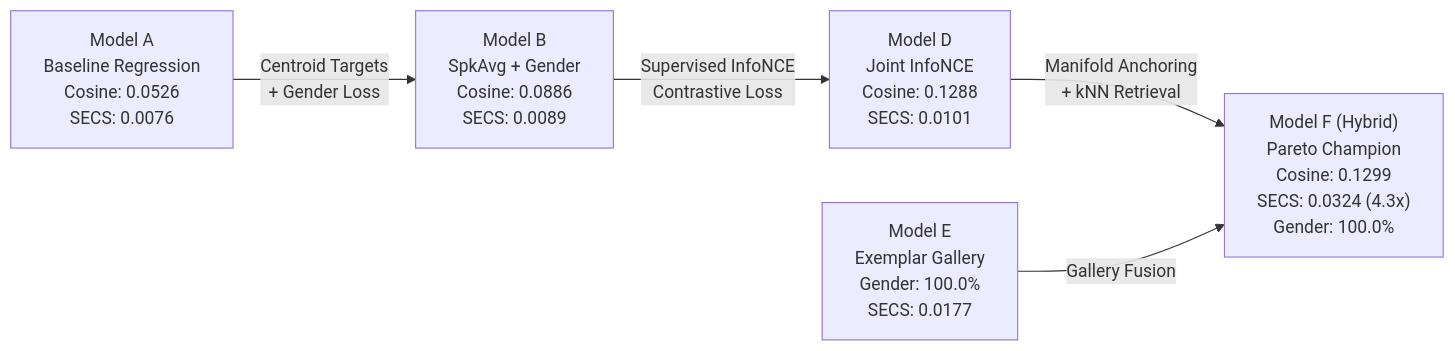
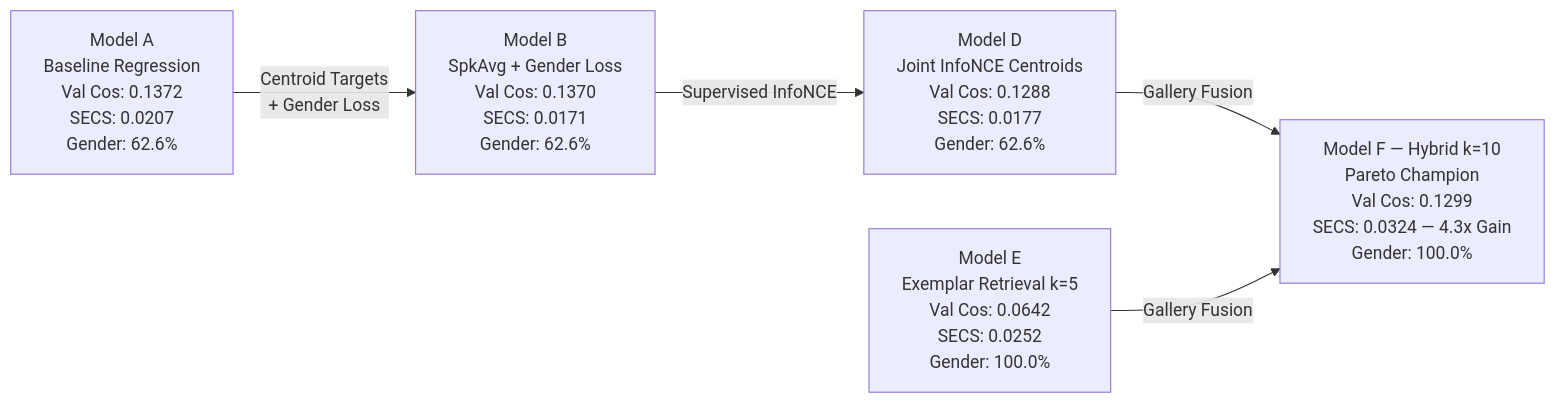
One commit to AdityaWagh19/Voix-F2S-System changed the fifth of 5 diagrams in README.md. Above: the diagram before and after it, drawn with Mermaid. The commit also changed other lines of this file and 12 other files, not shown here.

First line of the commit message:
docs: overhaul README with Mermaid diagrams, proper LaTeX math, clean structure

````diff
--- a/README.md
+++ b/README.md
@@ -209,8 +214,13 @@
 ```mermaid
 flowchart LR
-    A["Model A<br/>Baseline Regression<br/>Cosine: 0.0526<br/>SECS: 0.0076"] -->|"Centroid Targets<br/>+ Gender Loss"| B["Model B<br/>SpkAvg + Gender<br/>Cosine: 0.0886<br/>SECS: 0.0089"]
-    B -->|"Supervised InfoNCE<br/>Contrastive Loss"| D["Model D<br/>Joint InfoNCE<br/>Cosine: 0.1288<br/>SECS: 0.0101"]
-    D -->|"Manifold Anchoring<br/>+ kNN Retrieval"| F["Model F (Hybrid)<br/>Pareto Champion<br/>Cosine: 0.1299<br/>SECS: 0.0324 (4.3x)<br/>Gender: 100.0%"]
-    
-    E["Model E<br/>Exemplar Gallery<br/>Gender: 100.0%<br/>SECS: 0.0177"] -->|"Gallery Fusion"| F
+    A["Model A<br/>Baseline Regression<br/>Val Cos: 0.1372<br/>SECS: 0.0207<br/>Gender: 62.6%"]
+    B["Model B<br/>SpkAvg + Gender Loss<br/>Val Cos: 0.1370<br/>SECS: 0.0171<br/>Gender: 62.6%"]
+    D["Model D<br/>Joint InfoNCE Centroids<br/>Val Cos: 0.1288<br/>SECS: 0.0177<br/>Gender: 62.6%"]
+    E["Model E<br/>Exemplar Retrieval k=5<br/>Val Cos: 0.0642<br/>SECS: 0.0252<br/>Gender: 100.0%"]
+    F["Model F — Hybrid k=10<br/>Pareto Champion<br/>Val Cos: 0.1299<br/>SECS: 0.0324 — 4.3x Gain<br/>Gender: 100.0%"]
+
+    A -->|"Centroid Targets<br/>+ Gender Loss"| B
+    B -->|"Supervised InfoNCE"| D
+    D -->|"Gallery Fusion"| F
+    E -->|"Gallery Fusion"| F
 ```
````
